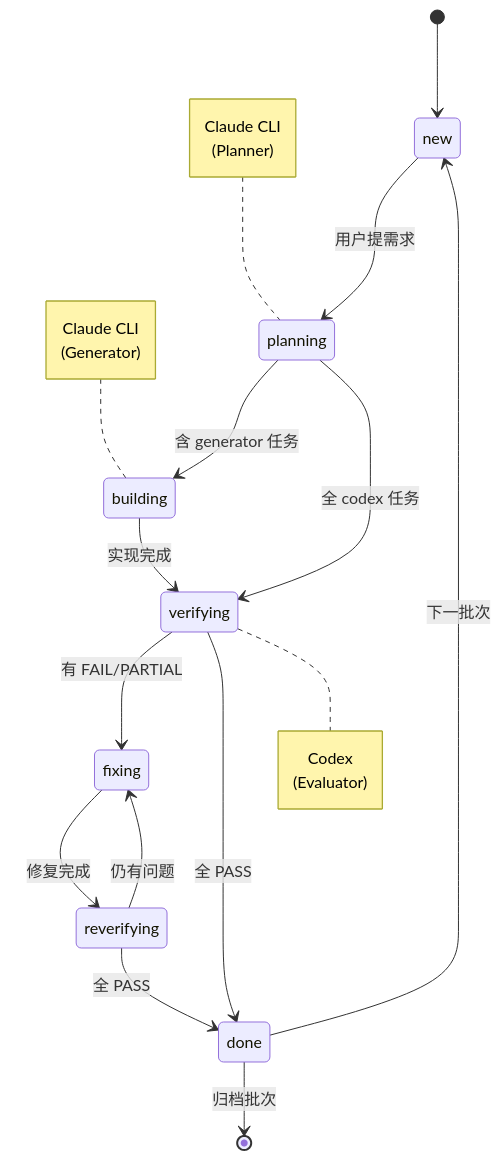
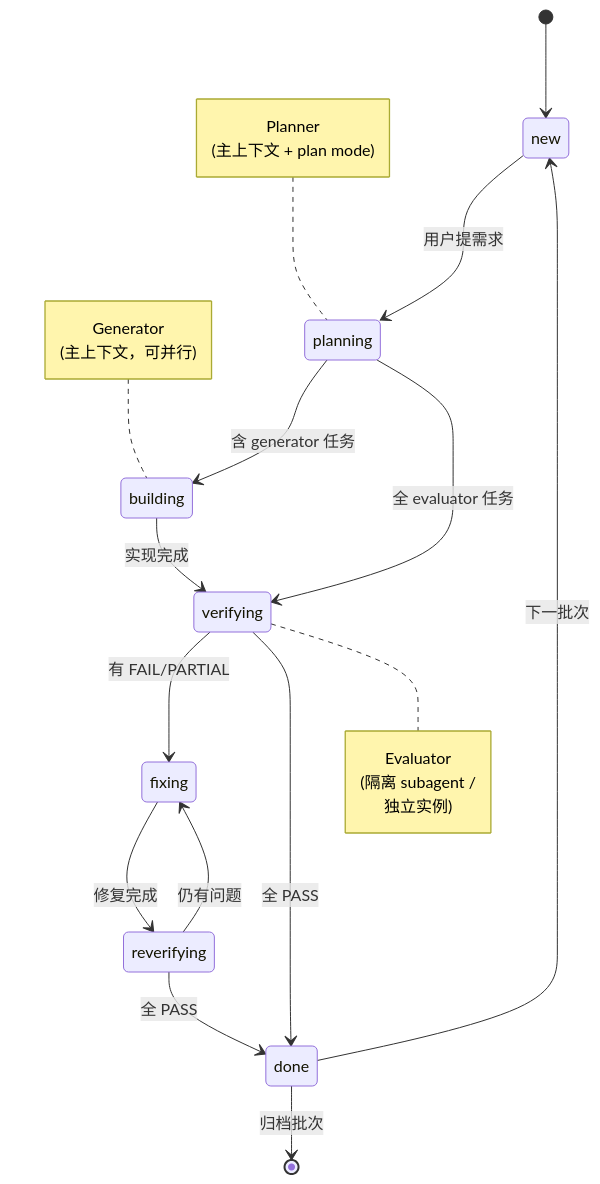
The diagram in framework/README.md (tripplemay/kolmatrix), drawn with Mermaid before and after one commit. The commit also changed other lines of this file and 70 other files, not shown here.

````diff
--- a/framework/README.md
+++ b/framework/README.md
@@ -18,28 +11,29 @@
 ```mermaid
 stateDiagram-v2
     [*] --> new
     new --> planning: 用户提需求
     planning --> building: 含 generator 任务
-    planning --> verifying: 全 codex 任务
+    planning --> verifying: 全 evaluator 任务
     building --> verifying: 实现完成
     verifying --> fixing: 有 FAIL/PARTIAL
     verifying --> done: 全 PASS
     fixing --> reverifying: 修复完成
     reverifying --> fixing: 仍有问题
     reverifying --> done: 全 PASS
     done --> [*]: 归档批次
     done --> new: 下一批次
 
     note left of building
-        Claude CLI
-        (Generator)
+        Generator
+        (主上下文，可并行)
     end note
     note right of verifying
-        Codex
-        (Evaluator)
+        Evaluator
+        (隔离 subagent /
+         独立实例)
     end note
     note left of planning
-        Claude CLI
-        (Planner)
+        Planner
+        (主上下文 + plan mode)
     end note
 ```
````
